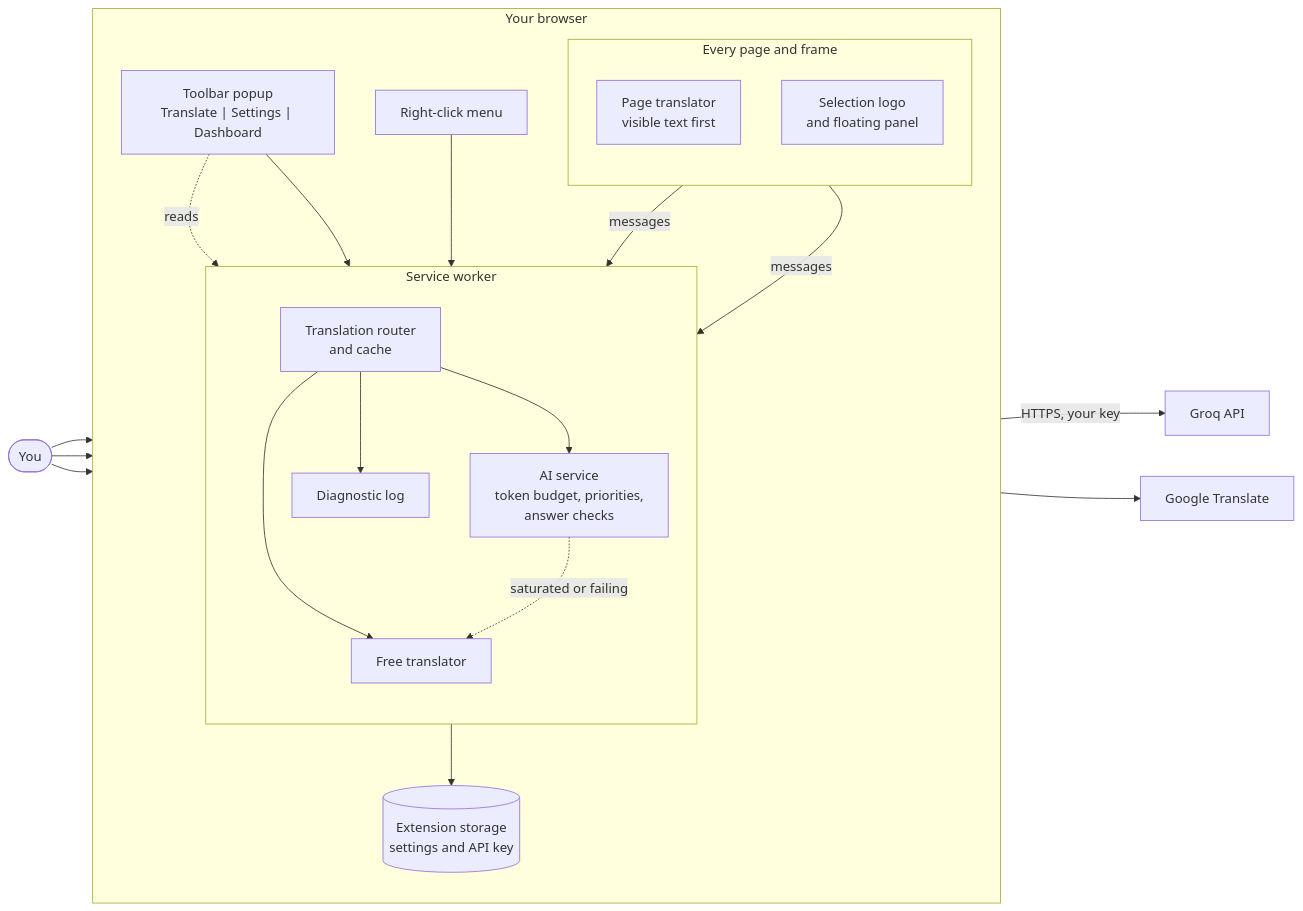
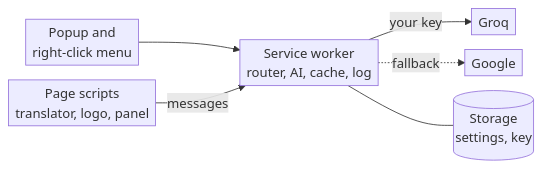
One commit to ThomasPixelsOf/Translate-Express changed the first of 2 diagrams in README.md. Above: the diagram before and after it, drawn with Mermaid. The commit also changed other lines of this file, not shown here.

Commit message:
README: smaller diagrams, the second one collapsed

````diff
--- a/README.md
+++ b/README.md
@@ -20,45 +20,9 @@
 ```mermaid
+%%{init: {"flowchart": {"nodeSpacing": 18, "rankSpacing": 28, "padding": 4}}}%%
 flowchart LR
-  user(["You"])
-
-  subgraph browser["Your browser"]
-    direction TB
-    popup["Toolbar popup<br/>Translate | Settings | Dashboard"]
-    menu["Right-click menu"]
-
-    subgraph page["Every page and frame"]
-      direction TB
-      translator["Page translator<br/>visible text first"]
-      logo["Selection logo<br/>and floating panel"]
-    end
-
-    subgraph worker["Service worker"]
-      direction TB
-      router["Translation router<br/>and cache"]
-      ai["AI service<br/>token budget, priorities,<br/>answer checks"]
-      free["Free translator"]
-      log["Diagnostic log"]
-    end
-
-    storage[("Extension storage<br/>settings and API key")]
-  end
-
-  groq["Groq API"]
-  google["Google Translate"]
-
-  user --> popup
-  user --> menu
-  user --> logo
-  menu --> worker
-  popup --> worker
-  translator -->|"messages"| router
-  logo -->|"messages"| router
-  router --> ai
-  router --> free
-  ai -->|"HTTPS, your key"| groq
-  ai -.->|"saturated or failing"| free
-  free --> google
-  worker --> storage
-  router --> log
-  popup -.->|"reads"| log
+  ui["Popup and<br/>right-click menu"] --> sw
+  page["Page scripts<br/>translator, logo, panel"] -->|"messages"| sw["Service worker<br/>router, AI, cache, log"]
+  sw -->|"your key"| groq["Groq"]
+  sw -.->|"fallback"| google["Google"]
+  sw --- store[("Storage<br/>settings, key")]
 ```
````
